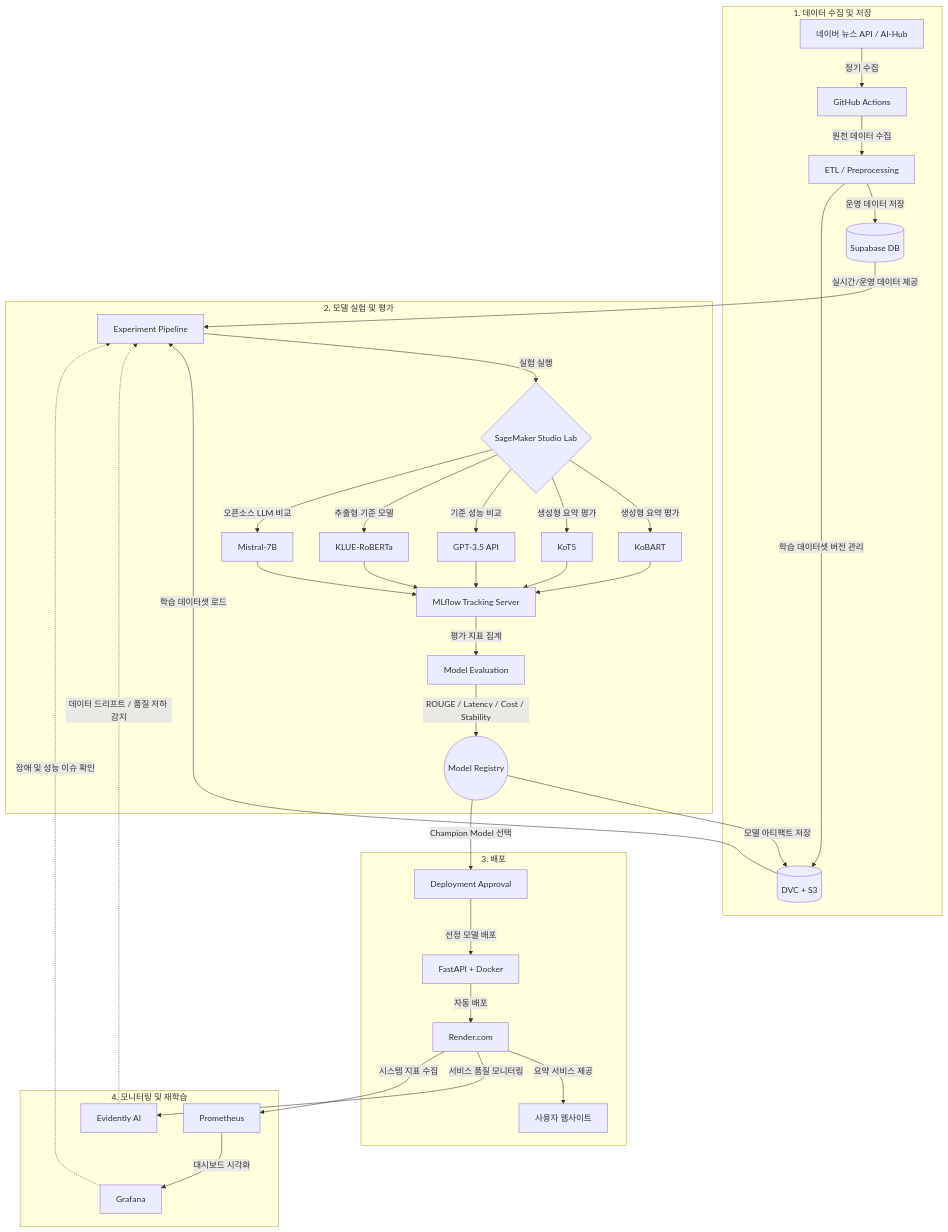
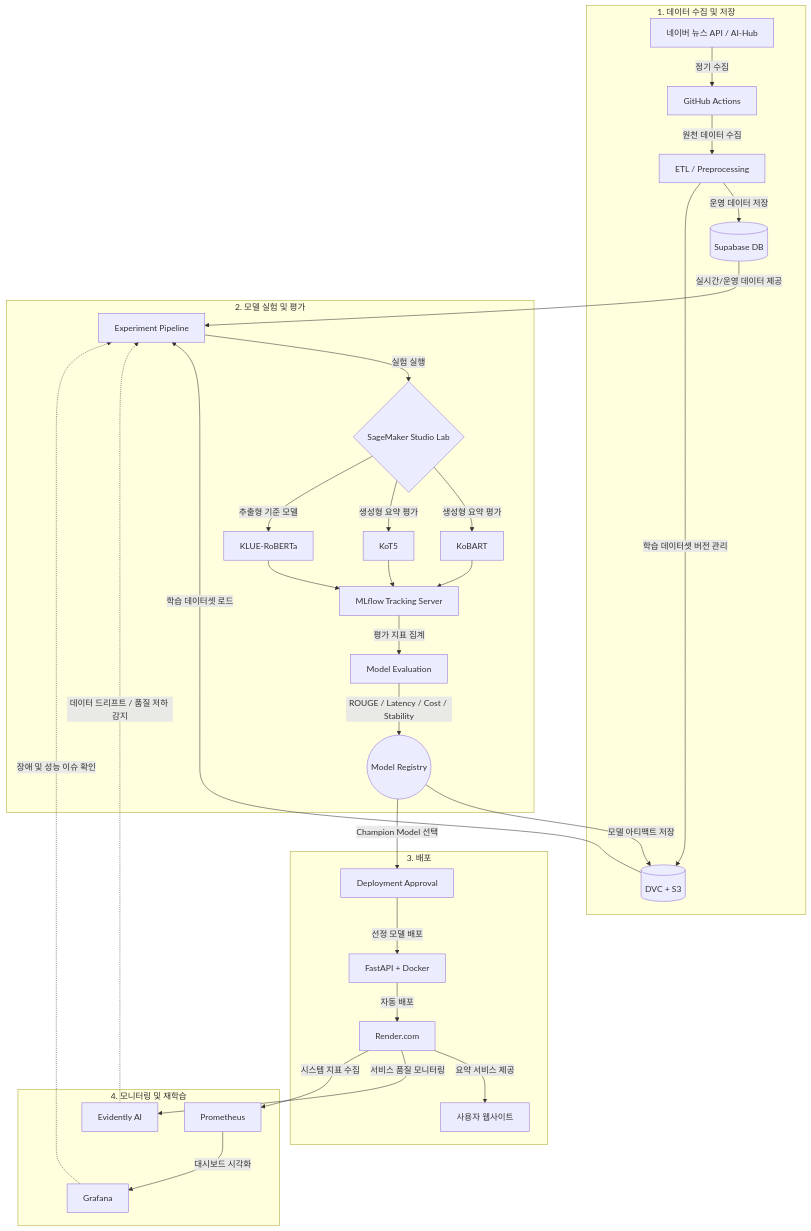
One commit to hyuntaek2002/ML-HR changed the diagram in 아키텍처/arccode.mmd. Above: the diagram before and after it, drawn with Mermaid. The commit also changed 8 other files, not shown here.

```diff
--- a/아키텍처/arccode.mmd
+++ b/아키텍처/arccode.mmd
@@ -1,44 +1,40 @@
 graph TD
     subgraph DataOps [1. 데이터 수집 및 저장]
         A[네이버 뉴스 API / AI-Hub] -->|정기 수집| B[GitHub Actions]
         B -->|원천 데이터 수집| C[ETL / Preprocessing]
         C -->|운영 데이터 저장| D[(Supabase DB)]
         C -->|학습 데이터셋 버전 관리| E[(DVC + S3)]
     end
 
     subgraph ModelOps [2. 모델 실험 및 평가]
         D -->|실시간/운영 데이터 제공| F[Experiment Pipeline]
         E -->|학습 데이터셋 로드| F
         F -->|실험 실행| G{SageMaker Studio Lab}
 
         G -->|생성형 요약 평가| M1[KoBART]
         G -->|생성형 요약 평가| M2[KoT5]
-        G -->|기준 성능 비교| M3[GPT-3.5 API]
         G -->|추출형 기준 모델| M4[KLUE-RoBERTa]
-        G -->|오픈소스 LLM 비교| M5[Mistral-7B]
 
         M1 --> H[MLflow Tracking Server]
         M2 --> H
-        M3 --> H
         M4 --> H
-        M5 --> H
 
         H -->|평가 지표 집계| I[Model Evaluation]
         I -->|ROUGE / Latency / Cost / Stability| J((Model Registry))
         J -->|모델 아티팩트 저장| E
     end
 
     subgraph DevOps [3. 배포]
         J -->|Champion Model 선택| K[Deployment Approval]
         K -->|선정 모델 배포| L[FastAPI + Docker]
         L -->|자동 배포| M[Render.com]
         M -->|요약 서비스 제공| N[사용자 웹사이트]
     end
 
     subgraph Monitoring [4. 모니터링 및 재학습]
         M -->|서비스 품질 모니터링| O[Evidently AI]
         M -->|시스템 지표 수집| P[Prometheus]
         P -->|대시보드 시각화| Q[Grafana]
         O -.->|데이터 드리프트 / 품질 저하 감지| F
         Q -.->|장애 및 성능 이슈 확인| F
     end
```
